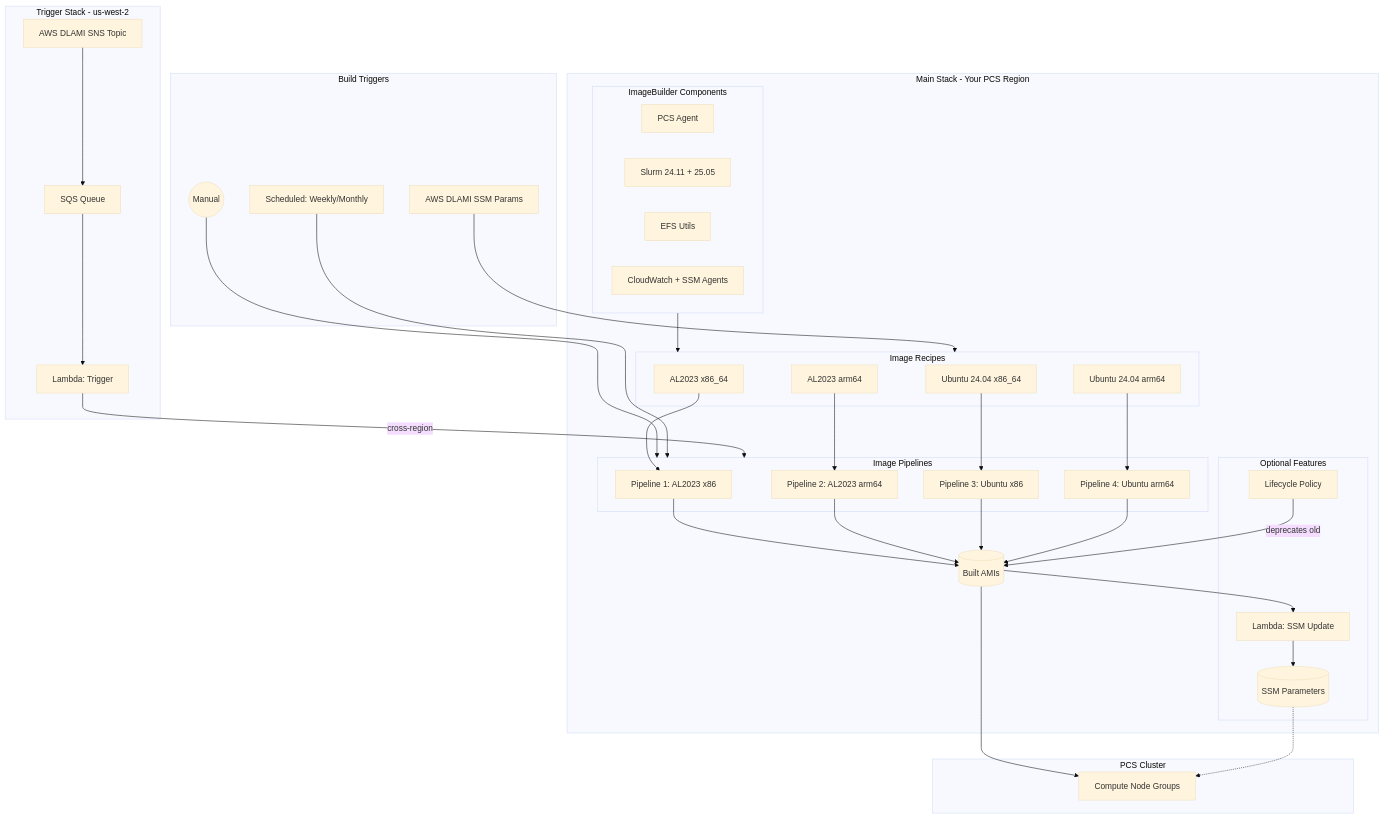
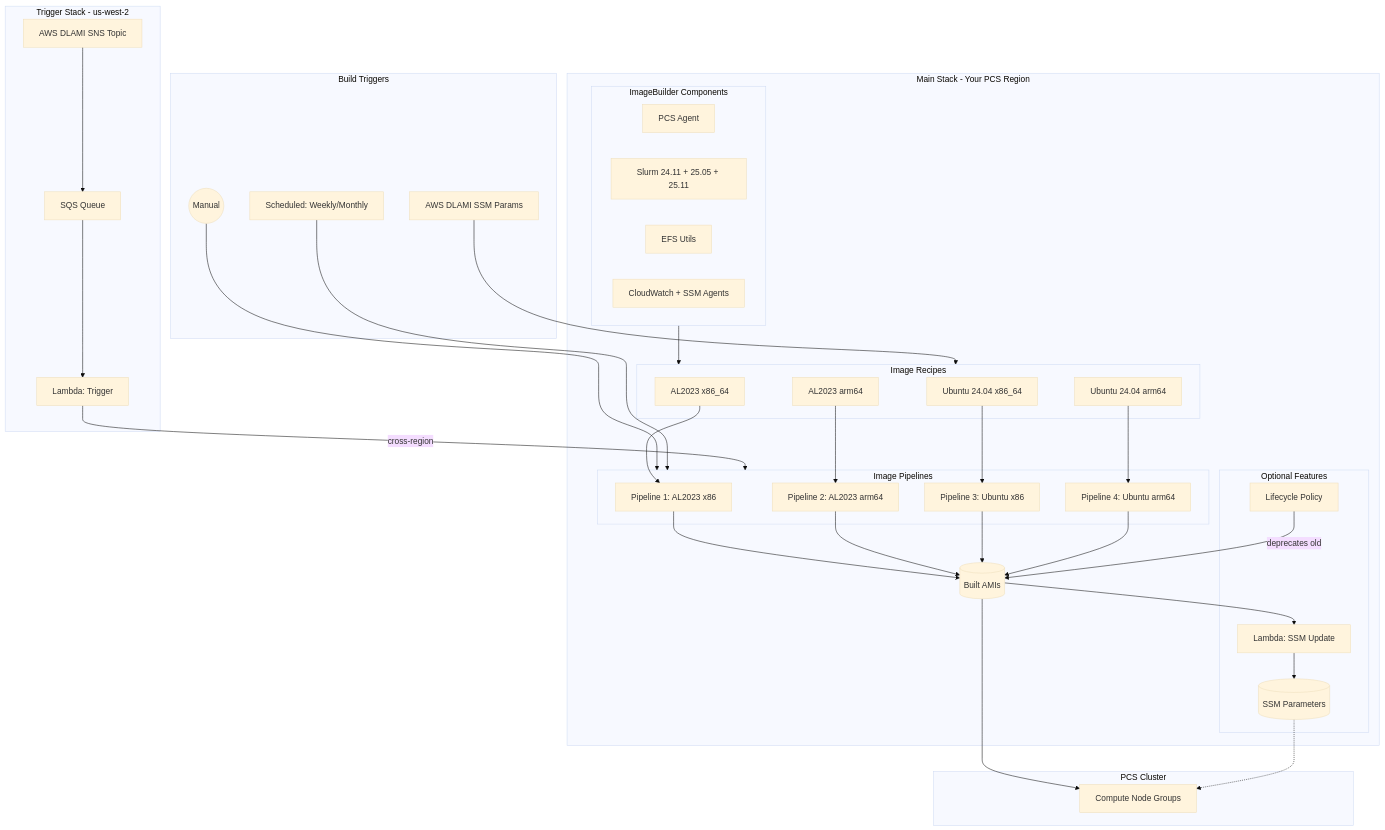
One commit to aws-samples/aws-hpc-recipes changed the diagram in recipes/pcs/dlami_for_pcs_imagebuilder/README.md. Above: the diagram before and after it, drawn with Mermaid (base theme). The commit also changed other lines of this file and 9 other files, not shown here.

````diff
--- a/recipes/pcs/dlami_for_pcs_imagebuilder/README.md
+++ b/recipes/pcs/dlami_for_pcs_imagebuilder/README.md
@@ -28,73 +28,73 @@
 ```mermaid
 flowchart TB
     subgraph MainStack[Main Stack - Your PCS Region]
         subgraph Components[ImageBuilder Components]
             C1[PCS Agent]
-            C2[Slurm 24.11 + 25.05]
+            C2[Slurm 24.11 + 25.05 + 25.11]
             C3[EFS Utils]
             C4[CloudWatch + SSM Agents]
         end
 
         subgraph Recipes[Image Recipes]
             R1[AL2023 x86_64]
             R2[AL2023 arm64]
             R3[Ubuntu 24.04 x86_64]
             R4[Ubuntu 24.04 arm64]
         end
 
         subgraph Pipelines[Image Pipelines]
             P1[Pipeline 1: AL2023 x86]
             P2[Pipeline 2: AL2023 arm64]
             P3[Pipeline 3: Ubuntu x86]
             P4[Pipeline 4: Ubuntu arm64]
         end
 
         Components --> Recipes
         R1 --> P1
         R2 --> P2
         R3 --> P3
         R4 --> P4
 
         AMIs[(Built AMIs)]
         P1 --> AMIs
         P2 --> AMIs
         P3 --> AMIs
         P4 --> AMIs
 
         subgraph Optional[Optional Features]
             SSM_Lambda[Lambda: SSM Update]
             SSM_Params[(SSM Parameters)]
             Lifecycle[Lifecycle Policy]
         end
 
         AMIs --> SSM_Lambda
         SSM_Lambda --> SSM_Params
         Lifecycle -->|deprecates old| AMIs
     end
 
     subgraph TriggerStack[Trigger Stack - us-west-2]
         SNS[AWS DLAMI SNS Topic]
         SQS[SQS Queue]
         TriggerLambda[Lambda: Trigger]
         SNS --> SQS
         SQS --> TriggerLambda
     end
 
     subgraph Inputs[Build Triggers]
         User((Manual))
         Schedule[Scheduled: Weekly/Monthly]
         DLAMI_SSM[AWS DLAMI SSM Params]
     end
 
     DLAMI_SSM --> Recipes
     User --> Pipelines
     Schedule --> Pipelines
     TriggerLambda -->|cross-region| Pipelines
 
     subgraph PCS[PCS Cluster]
         CNG[Compute Node Groups]
     end
 
     AMIs --> CNG
     SSM_Params -.-> CNG
 ```
````
